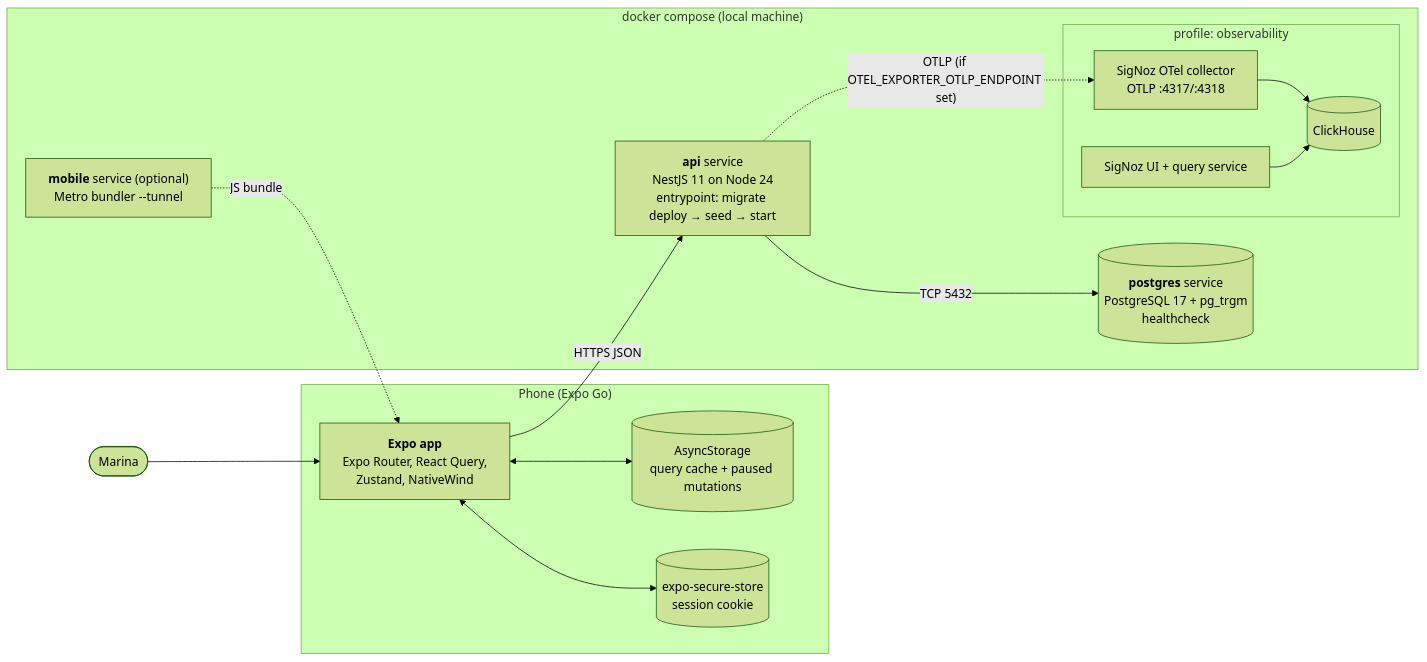
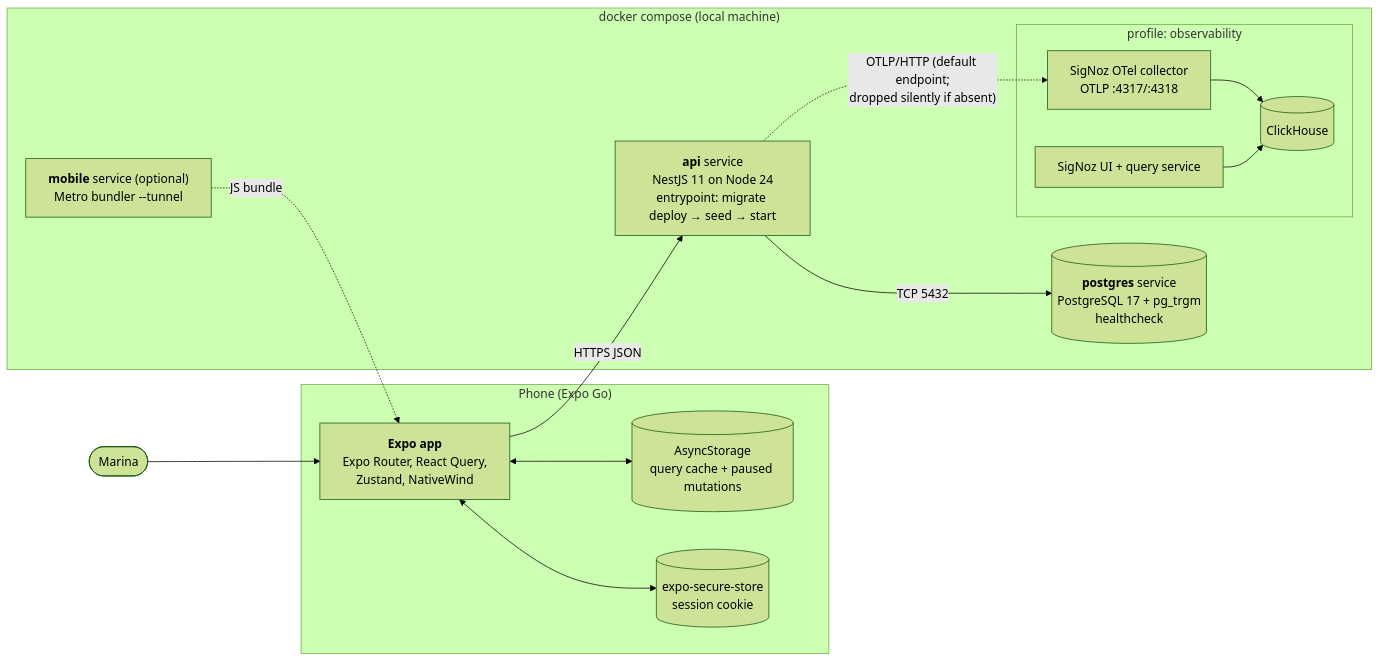
Before and after one commit to rodriguesdenis/hitss: the second of 6 diagrams in docs/architecture/overview.md, drawn with Mermaid (forest theme). The commit also changed other lines of this file, not shown here.

Commit message:
docs: describe the default OTLP endpoint and silent drop in the overview

````diff
--- a/docs/architecture/overview.md
+++ b/docs/architecture/overview.md
@@ -38,31 +38,31 @@
 ```mermaid
 flowchart LR
   user(["Marina"])
 
   subgraph device["Phone (Expo Go)"]
     mobile["<b>Expo app</b><br/>Expo Router, React Query,<br/>Zustand, NativeWind"]
     store[("AsyncStorage<br/>query cache + paused mutations")]
     secure[("expo-secure-store<br/>session cookie")]
   end
 
   subgraph compose["docker compose (local machine)"]
     metro["<b>mobile</b> service (optional)<br/>Metro bundler --tunnel"]
     api["<b>api</b> service<br/>NestJS 11 on Node 24<br/>entrypoint: migrate deploy → seed → start"]
     pg[("<b>postgres</b> service<br/>PostgreSQL 17 + pg_trgm<br/>healthcheck")]
     subgraph obs["profile: observability"]
       otel["SigNoz OTel collector<br/>OTLP :4317/:4318"]
       signoz["SigNoz UI + query service"]
       ch[("ClickHouse")]
     end
   end
 
   user --> mobile
   mobile <--> store
   mobile <--> secure
   metro -. "JS bundle" .-> mobile
   mobile -- "HTTPS JSON" --> api
   api -- "TCP 5432" --> pg
-  api -. "OTLP (if OTEL_EXPORTER_OTLP_ENDPOINT set)" .-> otel
+  api -. "OTLP/HTTP (default endpoint;<br/>dropped silently if absent)" .-> otel
   otel --> ch
   signoz --> ch
 ```
````
